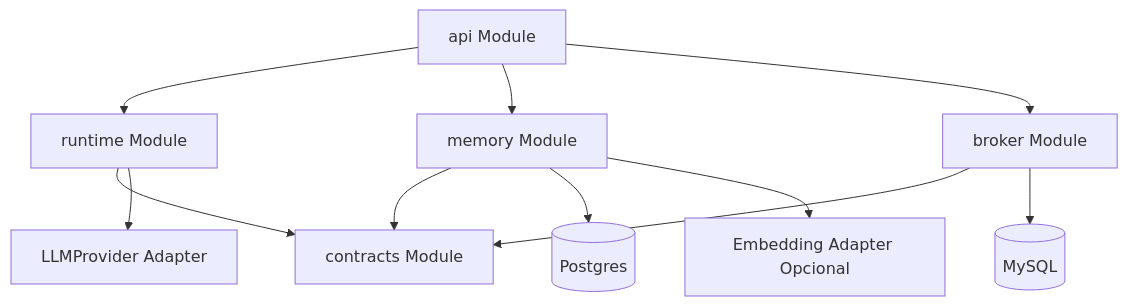
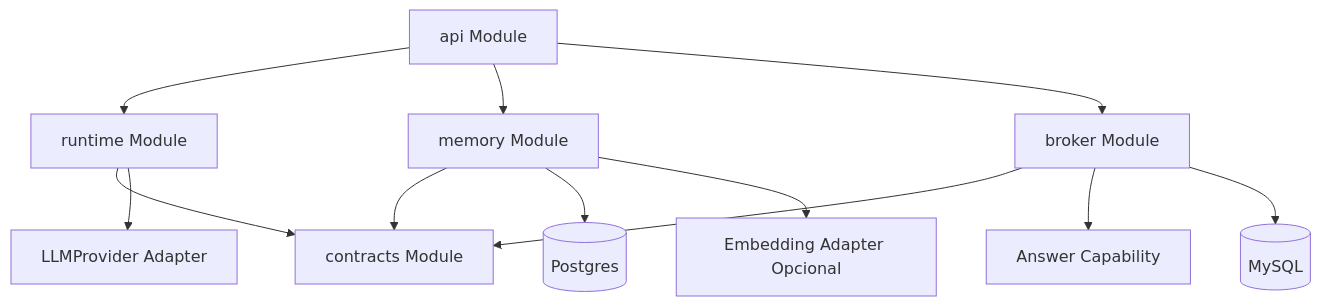
Before and after one commit to cristianosantana/jupter_notebook: the eighth of 15 diagrams in orion_mcp_v3/docs/architecture/ANALISE_ARQUITETURAL_SENIOR.md, drawn with Mermaid. The commit also changed other lines of this file and 11 other files, not shown here.

````diff
--- a/orion_mcp_v3/docs/architecture/ANALISE_ARQUITETURAL_SENIOR.md
+++ b/orion_mcp_v3/docs/architecture/ANALISE_ARQUITETURAL_SENIOR.md
@@ -516,13 +638,14 @@
 ```mermaid
 flowchart TB
     API[api Module] --> Runtime[runtime Module]
     API --> Memory[memory Module]
     API --> Broker[broker Module]
     Runtime --> Contracts[contracts Module]
     Broker --> Contracts
     Memory --> Contracts
+    Broker --> Answer[Answer Capability]
     Broker --> MySQL[(MySQL)]
     Memory --> Postgres[(Postgres)]
     Runtime --> Provider[LLMProvider Adapter]
     Memory --> Embedding[Embedding Adapter Opcional]
 ```
````
